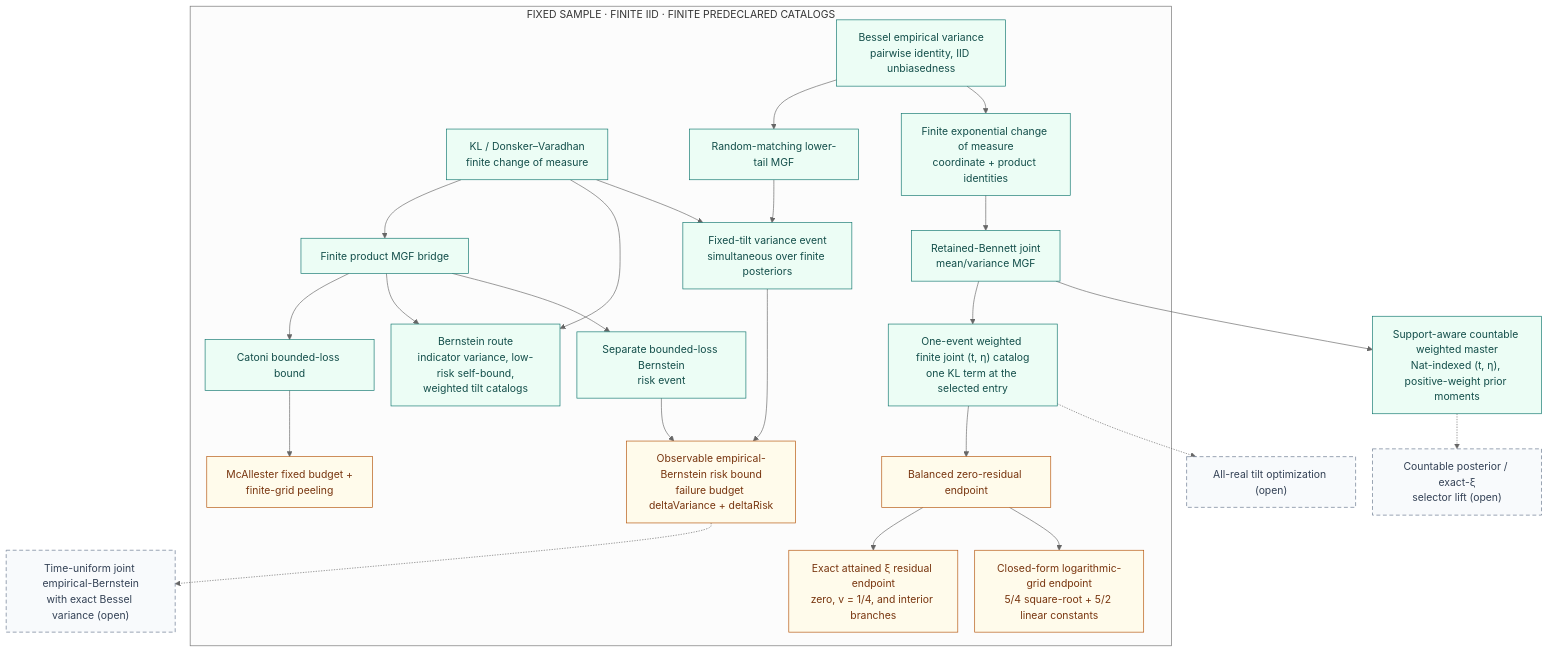
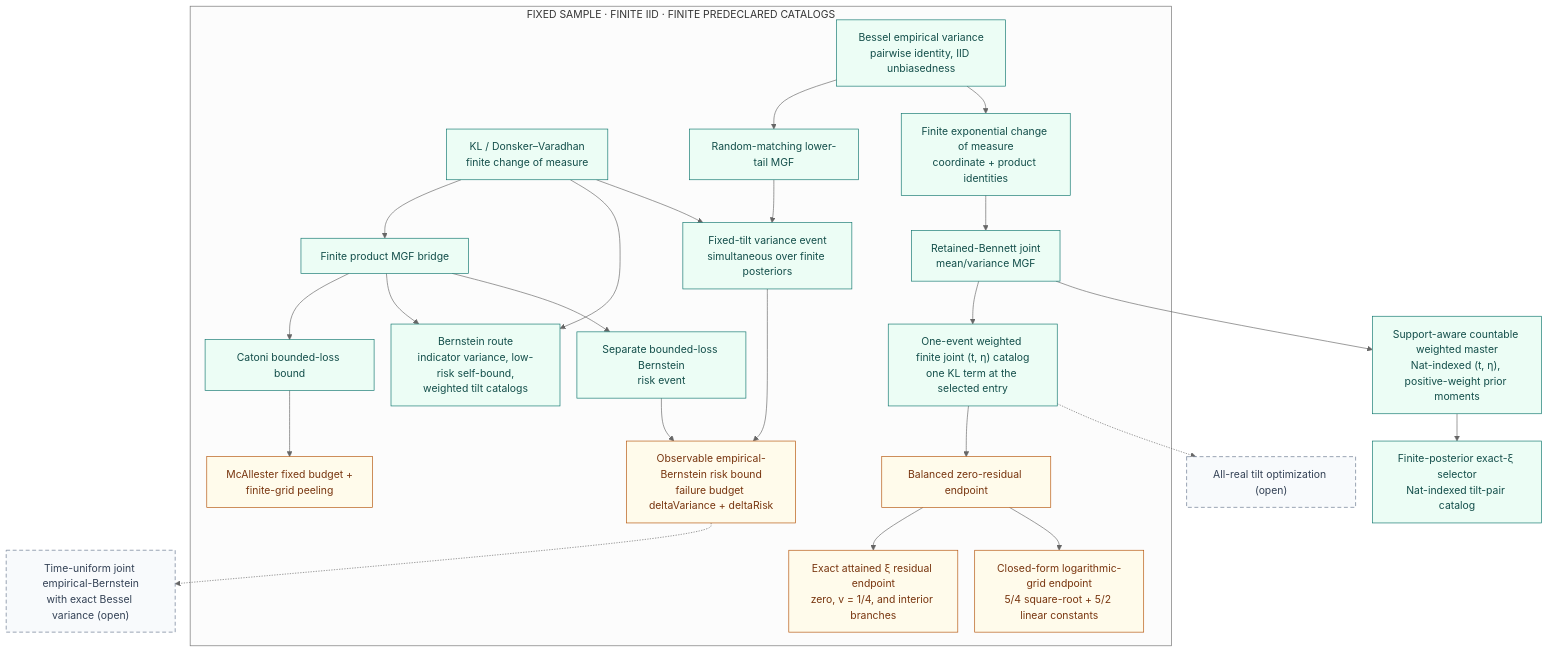
One commit to Robby955/FormalSLT changed the third of 4 diagrams in docs/diagrams.md. Above: the diagram before and after it, drawn with Mermaid. The commit also changed other lines of this file and 20 other files, not shown here.

Commit message:
feat(pac-bayes): lift countable catalog posterior bounds

````diff
--- a/docs/diagrams.md
+++ b/docs/diagrams.md
@@ -122,55 +122,55 @@
 ```mermaid
 %%{init: {'theme': 'neutral', 'flowchart': {'rankSpacing': 42, 'nodeSpacing': 26}}}%%
 flowchart TD
     subgraph scope["FIXED SAMPLE &middot; FINITE IID &middot; FINITE PREDECLARED CATALOGS"]
         kl["KL / Donsker–Varadhan<br/>finite change of measure"]
         pmgf["Finite product MGF bridge"]
         catoni["Catoni bounded-loss bound"]
         mcallester["McAllester fixed budget +<br/>finite-grid peeling"]
         bern["Bernstein route<br/>indicator variance, low-risk self-bound,<br/>weighted tilt catalogs"]
         bessel["Bessel empirical variance<br/>pairwise identity, IID unbiasedness"]
         matching["Random-matching lower-tail MGF"]
         varevent["Fixed-tilt variance event<br/>simultaneous over finite posteriors"]
         riskevent["Separate bounded-loss Bernstein<br/>risk event"]
         ebrisk["Observable empirical-Bernstein risk bound<br/>failure budget deltaVariance + deltaRisk"]
         tilt["Finite exponential change of measure<br/>coordinate + product identities"]
         jointmgf["Retained-Bennett joint<br/>mean/variance MGF"]
         jointcat["One-event weighted finite joint (t, η) catalog<br/>one KL term at the selected entry"]
         zerores["Balanced zero-residual endpoint"]
         xires["Exact attained ξ residual endpoint<br/>zero, v = 1/4, and interior branches"]
         sqrtbound["Closed-form logarithmic-grid endpoint<br/>5/4 square-root + 5/2 linear constants"]
     end
     countablemaster["Support-aware countable weighted master<br/>Nat-indexed (t, η), positive-weight prior moments"]
-    countableposterior["Countable posterior / exact-ξ<br/>selector lift (open)"]
+    countableposterior["Finite-posterior exact-ξ selector<br/>Nat-indexed tilt-pair catalog"]
     allreal["All-real tilt optimization (open)"]
     tueb["Time-uniform joint empirical-Bernstein<br/>with exact Bessel variance (open)"]
 
     kl --> pmgf
     pmgf --> catoni
     catoni --> mcallester
     kl --> bern
     pmgf --> bern
     bessel --> matching
     matching --> varevent
     kl --> varevent
     pmgf --> riskevent
     varevent --> ebrisk
     riskevent --> ebrisk
     bessel --> tilt
     tilt --> jointmgf
     jointmgf --> jointcat
     jointcat --> zerores
     zerores --> xires
     zerores --> sqrtbound
     jointmgf --> countablemaster
-    countablemaster -.-> countableposterior
+    countablemaster --> countableposterior
     jointcat -.-> allreal
     ebrisk -.-> tueb
 
     classDef checked fill:#ecfdf5,stroke:#0f766e,color:#134e4a;
     classDef endpointNode fill:#fffbeb,stroke:#b45309,color:#78350f;
     classDef open fill:#f8fafc,stroke:#64748b,color:#334155,stroke-dasharray:6 4;
-    class kl,pmgf,catoni,bern,bessel,matching,varevent,riskevent,tilt,jointmgf,jointcat,countablemaster checked;
+    class kl,pmgf,catoni,bern,bessel,matching,varevent,riskevent,tilt,jointmgf,jointcat,countablemaster,countableposterior checked;
     class mcallester,ebrisk,zerores,xires,sqrtbound endpointNode;
-    class countableposterior,allreal,tueb open;
+    class allreal,tueb open;
 ```
````
